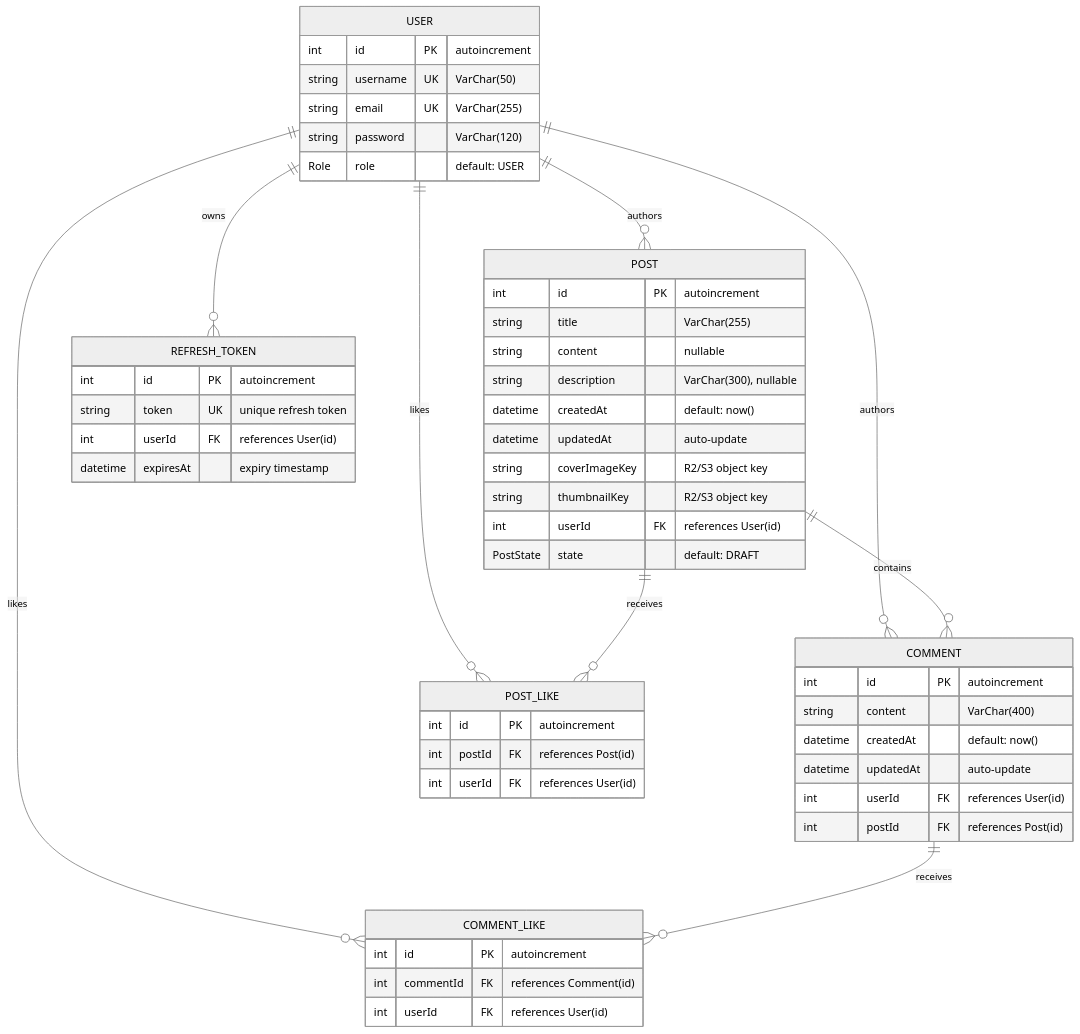
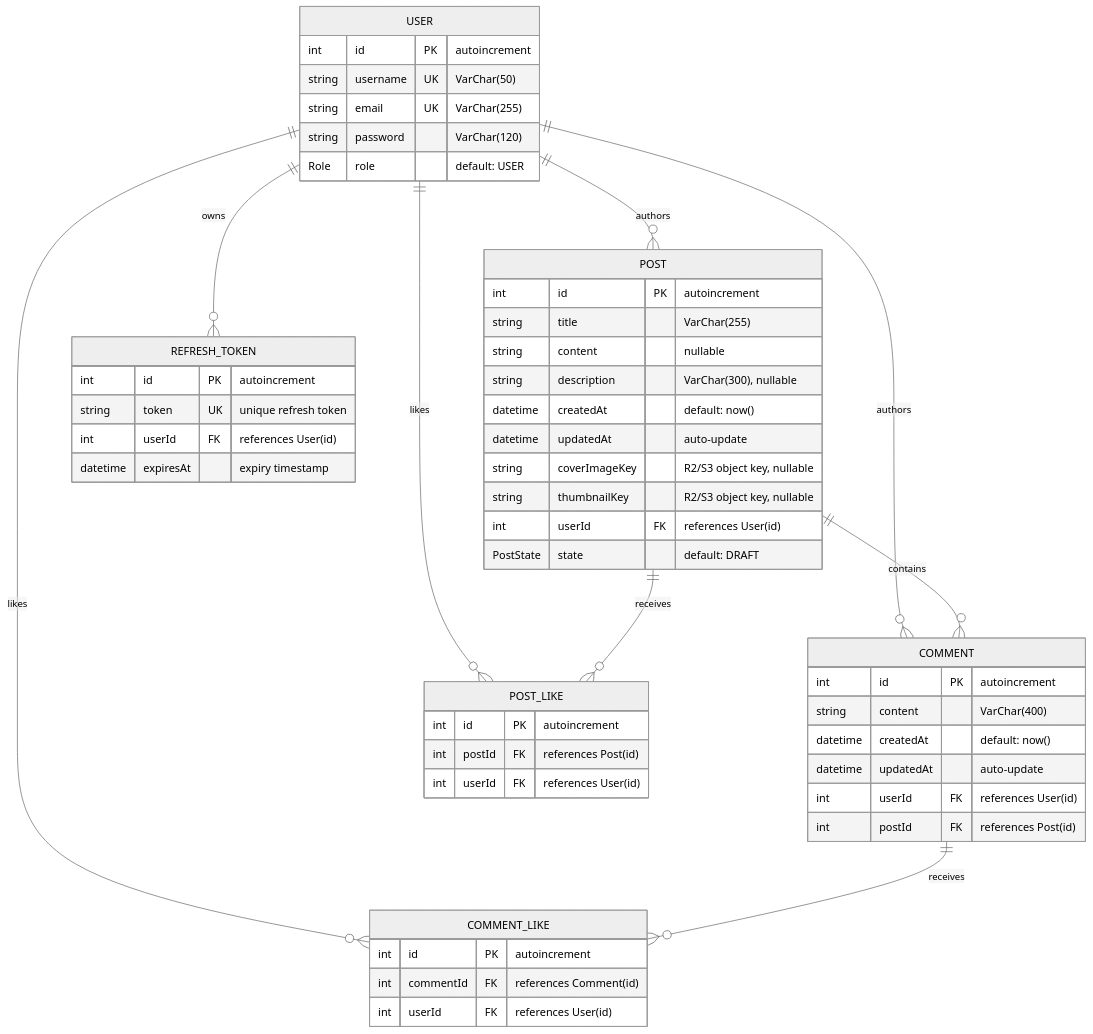
Before and after one commit to feddevv/blog-api: the diagram in docs/database.md, drawn with Mermaid (neutral theme). The commit also changed other lines of this file, not shown here.

Commit message:
docs: update coverImageKey and thumbnailKey to be nullable in database.md

````diff
--- a/docs/database.md
+++ b/docs/database.md
@@ -19,62 +19,62 @@
 ```mermaid
 erDiagram
     USER ||--o{ POST : "authors"
     USER ||--o{ COMMENT : "authors"
     USER ||--o{ REFRESH_TOKEN : "owns"
     USER ||--o{ POST_LIKE : "likes"
     USER ||--o{ COMMENT_LIKE : "likes"
 
     POST ||--o{ COMMENT : "contains"
     POST ||--o{ POST_LIKE : "receives"
 
     COMMENT ||--o{ COMMENT_LIKE : "receives"
 
     USER {
         int id PK "autoincrement"
         string username UK "VarChar(50)"
         string email UK "VarChar(255)"
         string password "VarChar(120)"
         Role role "default: USER"
     }
 
     POST {
         int id PK "autoincrement"
         string title "VarChar(255)"
         string content "nullable"
         string description "VarChar(300), nullable"
         datetime createdAt "default: now()"
         datetime updatedAt "auto-update"
-        string coverImageKey "R2/S3 object key"
-        string thumbnailKey "R2/S3 object key"
+        string coverImageKey "R2/S3 object key, nullable"
+        string thumbnailKey "R2/S3 object key, nullable"
         int userId FK "references User(id)"
         PostState state "default: DRAFT"
     }
 
     COMMENT {
         int id PK "autoincrement"
         string content "VarChar(400)"
         datetime createdAt "default: now()"
         datetime updatedAt "auto-update"
         int userId FK "references User(id)"
         int postId FK "references Post(id)"
     }
 
     POST_LIKE {
         int id PK "autoincrement"
         int postId FK "references Post(id)"
         int userId FK "references User(id)"
     }
 
     COMMENT_LIKE {
         int id PK "autoincrement"
         int commentId FK "references Comment(id)"
         int userId FK "references User(id)"
     }
 
     REFRESH_TOKEN {
         int id PK "autoincrement"
         string token UK "unique refresh token"
         int userId FK "references User(id)"
         datetime expiresAt "expiry timestamp"
     }
 ```
````
